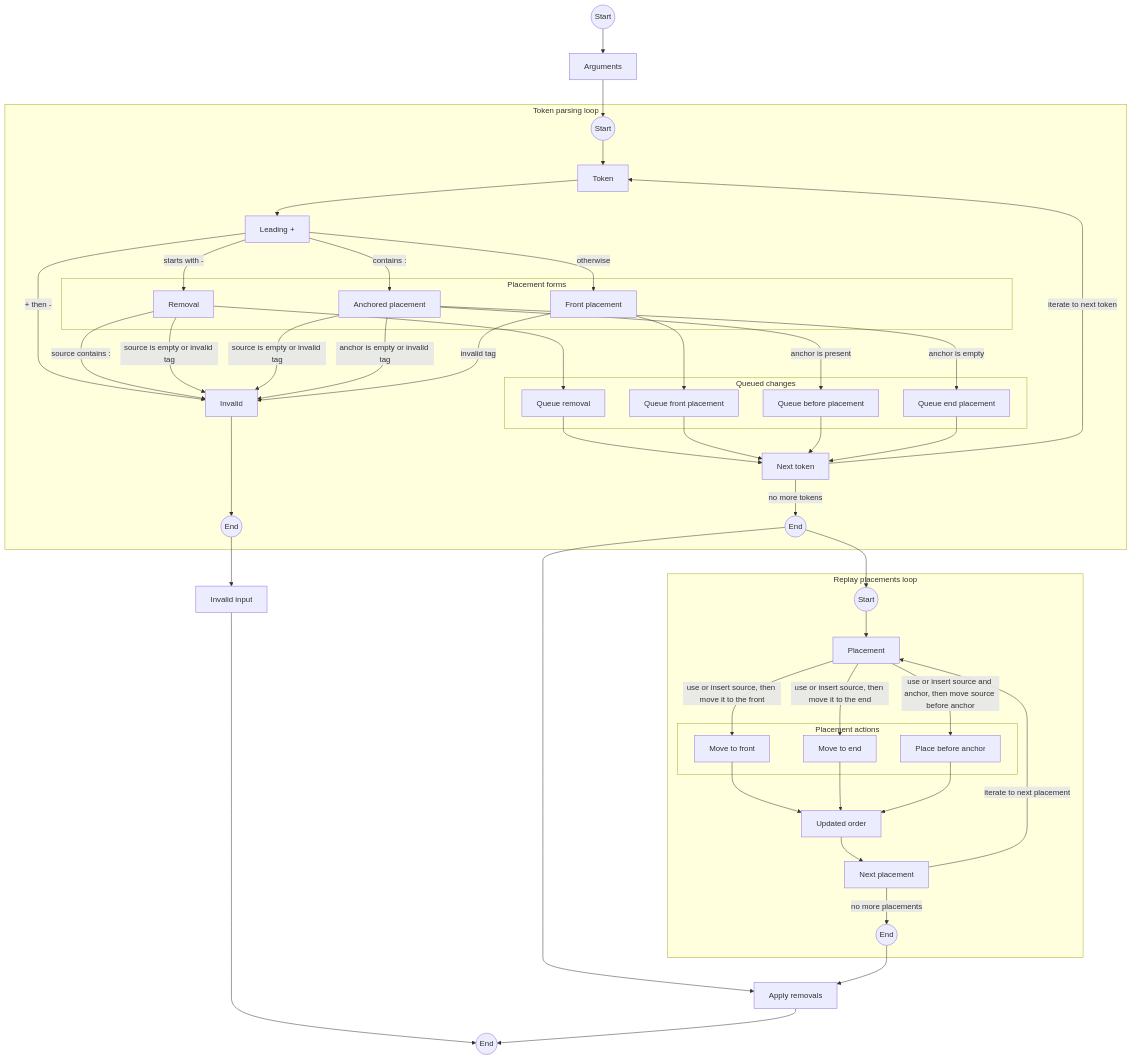
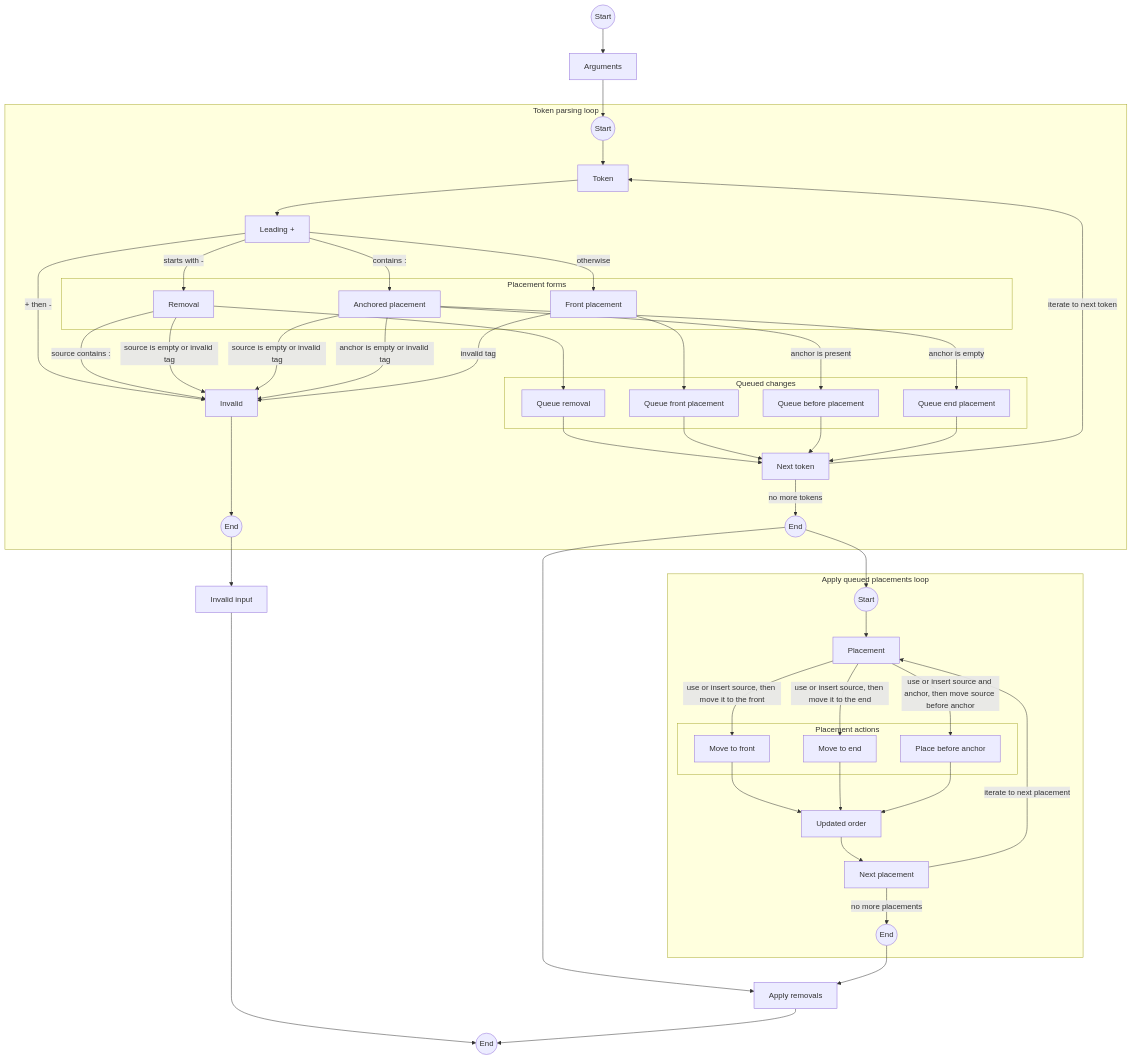
The diagram in docs/macos-language-manager.md (Glutexo/macos-language-manager), drawn with Mermaid before and after one commit.

Commit message:
Rename replay loop in diagram

````diff
--- a/docs/macos-language-manager.md
+++ b/docs/macos-language-manager.md
@@ -228,80 +228,80 @@
 ```mermaid
 flowchart TD
     Start((Start)) --> Arguments[Arguments]
     Arguments --> TokenLoopStart
 
     subgraph TokenParsing["Token parsing loop"]
         TokenLoopStart((Start)) --> Token[Token]
         Token[Token] --> LeadingPlus[Leading +]
 
         subgraph PlacementForms["Placement forms"]
             Removal[Removal]
             AnchoredPlacement[Anchored placement]
             FrontPlacement[Front placement]
         end
 
         subgraph QueuedChanges["Queued changes"]
             QueueRemoval[Queue removal]
             QueueFront[Queue front placement]
             QueueBefore[Queue before placement]
             QueueEnd[Queue end placement]
         end
 
         LeadingPlus -- + then - --> Invalid[Invalid]
         LeadingPlus -- starts with - --> Removal
         LeadingPlus -- contains : --> AnchoredPlacement
         LeadingPlus -- otherwise --> FrontPlacement
 
         Removal -- source contains : --> Invalid
         Removal -- source is empty or invalid tag --> Invalid
         Removal --> QueueRemoval
 
         AnchoredPlacement -- source is empty or invalid tag --> Invalid
         AnchoredPlacement -- anchor is empty or invalid tag --> Invalid
         AnchoredPlacement -- anchor is empty --> QueueEnd
         AnchoredPlacement -- anchor is present --> QueueBefore
 
         FrontPlacement -- invalid tag --> Invalid
         FrontPlacement --> QueueFront
 
         QueueRemoval --> NextToken[Next token]
         QueueFront --> NextToken
         QueueBefore --> NextToken
         QueueEnd --> NextToken
 
         NextToken -- iterate to next token --> Token
         Invalid --> TokenLoopInvalidEnd((End))
         NextToken -- no more tokens --> TokenLoopDoneEnd((End))
     end
 
     TokenLoopInvalidEnd --> InvalidInput[Invalid input]
     InvalidInput --> End((End))
 
-    TokenLoopDoneEnd --> ReplayLoopStart
+    TokenLoopDoneEnd --> PlacementLoopStart
     TokenLoopDoneEnd --> ApplyRemovals[Apply removals]
 
-    subgraph Replay["Replay placements loop"]
-        ReplayLoopStart((Start)) --> Placement[Placement]
+    subgraph PlacementLoop["Apply queued placements loop"]
+        PlacementLoopStart((Start)) --> Placement[Placement]
 
         subgraph PlacementActions["Placement actions"]
             MoveToFront[Move to front]
             MoveToEnd[Move to end]
             PlaceBeforeAnchor[Place before anchor]
         end
 
         Placement -- use or insert source, then move it to the front --> MoveToFront
         Placement -- use or insert source, then move it to the end --> MoveToEnd
         Placement -- use or insert source and anchor, then move source before anchor --> PlaceBeforeAnchor
 
         MoveToFront --> UpdatedOrder[Updated order]
         MoveToEnd --> UpdatedOrder
         PlaceBeforeAnchor --> UpdatedOrder
 
         UpdatedOrder --> NextPlacement[Next placement]
         NextPlacement -- iterate to next placement --> Placement
-        NextPlacement -- no more placements --> ReplayLoopEnd((End))
+        NextPlacement -- no more placements --> PlacementLoopEnd((End))
     end
 
-    ReplayLoopEnd --> ApplyRemovals
+    PlacementLoopEnd --> ApplyRemovals
     ApplyRemovals --> End
 ```
````
